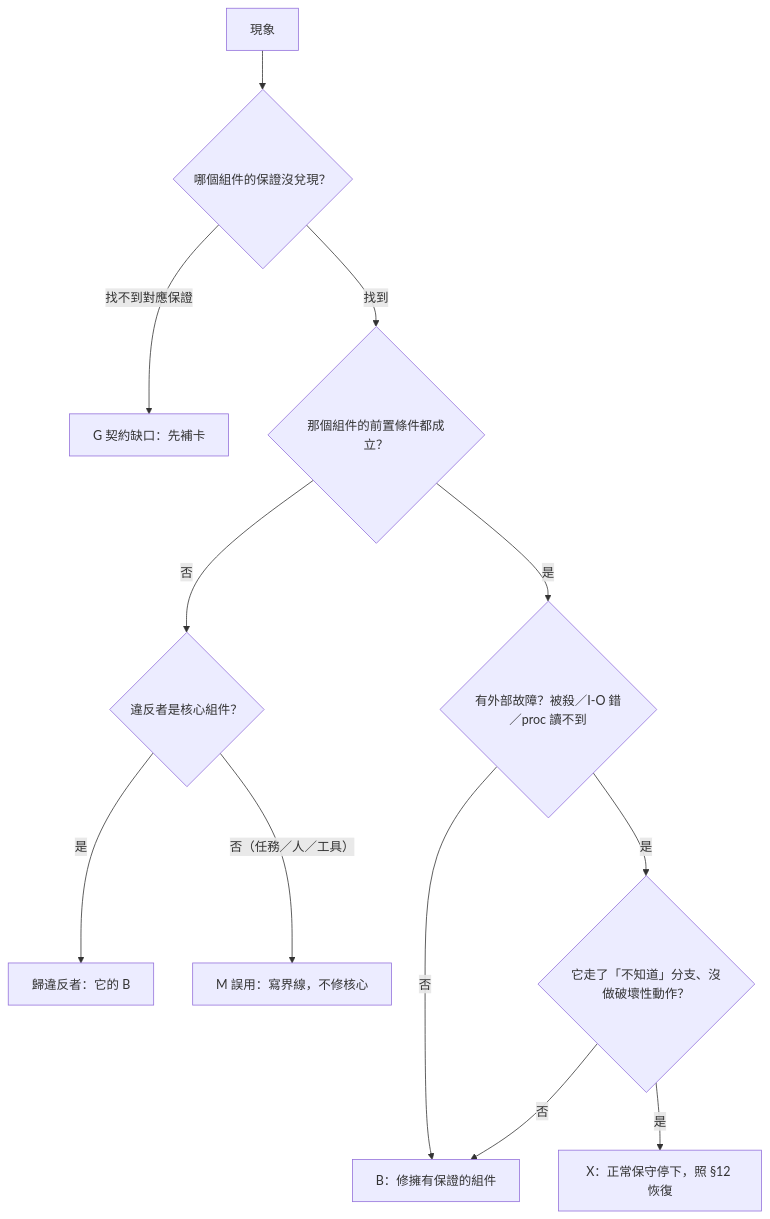
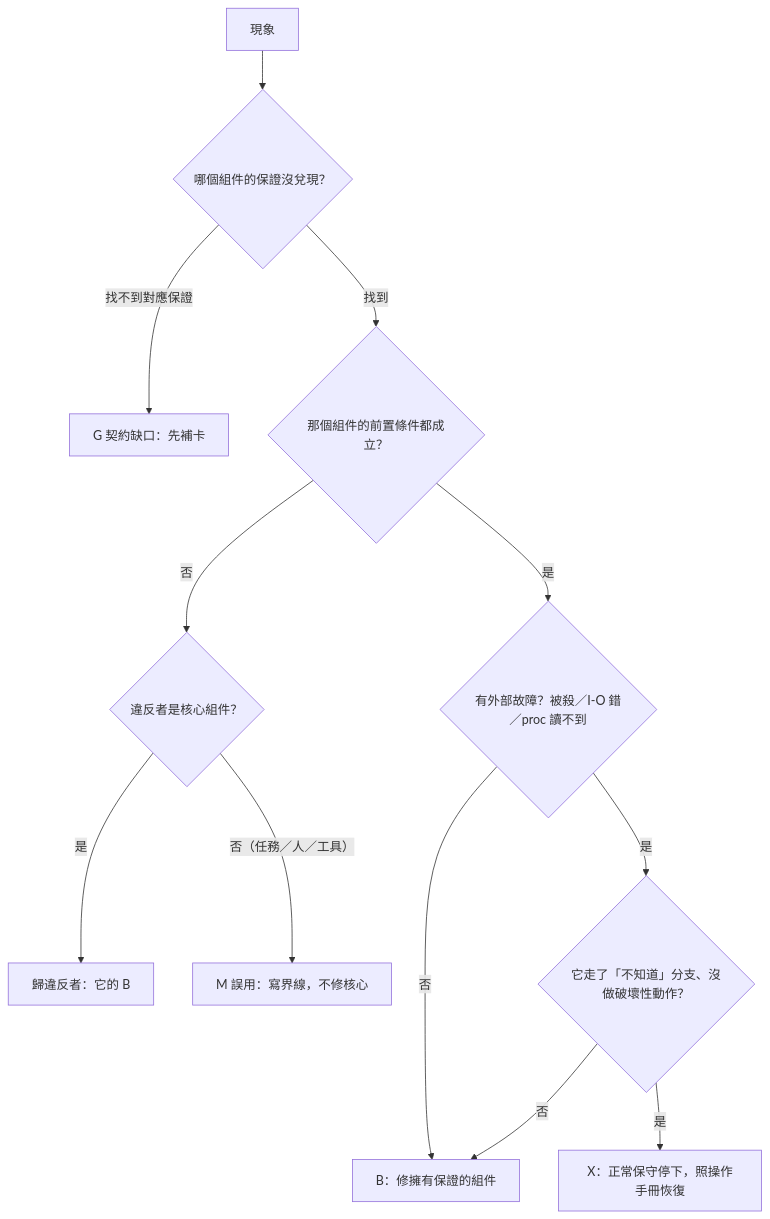
The diagram in proto7-2/notes/component-contracts.md (justty32/aos), drawn with Mermaid before and after one commit. The commit also changed other lines of this file and 9 other files, not shown here.

````diff
--- a/proto7-2/notes/component-contracts.md
+++ b/proto7-2/notes/component-contracts.md
@@ -128,14 +144,14 @@
 ```mermaid
 flowchart TD
   A[現象] --> B{哪個組件的保證沒兌現？}
   B -- 找不到對應保證 --> G[G 契約缺口：先補卡]
   B -- 找到 --> C{那個組件的前置條件都成立？}
   C -- 否 --> D{違反者是核心組件？}
   D -- 是 --> B2[歸違反者：它的 B]
   D -- 否（任務／人／工具） --> M[M 誤用：寫界線，不修核心]
   C -- 是 --> E{有外部故障？被殺／I-O 錯／proc 讀不到}
   E -- 否 --> Bb[B：修擁有保證的組件]
   E -- 是 --> F{它走了「不知道」分支、沒做破壞性動作？}
-  F -- 是 --> X[X：正常保守停下，照 §12 恢復]
+  F -- 是 --> X[X：正常保守停下，照操作手冊恢復]
   F -- 否 --> Bb
 ```
````
